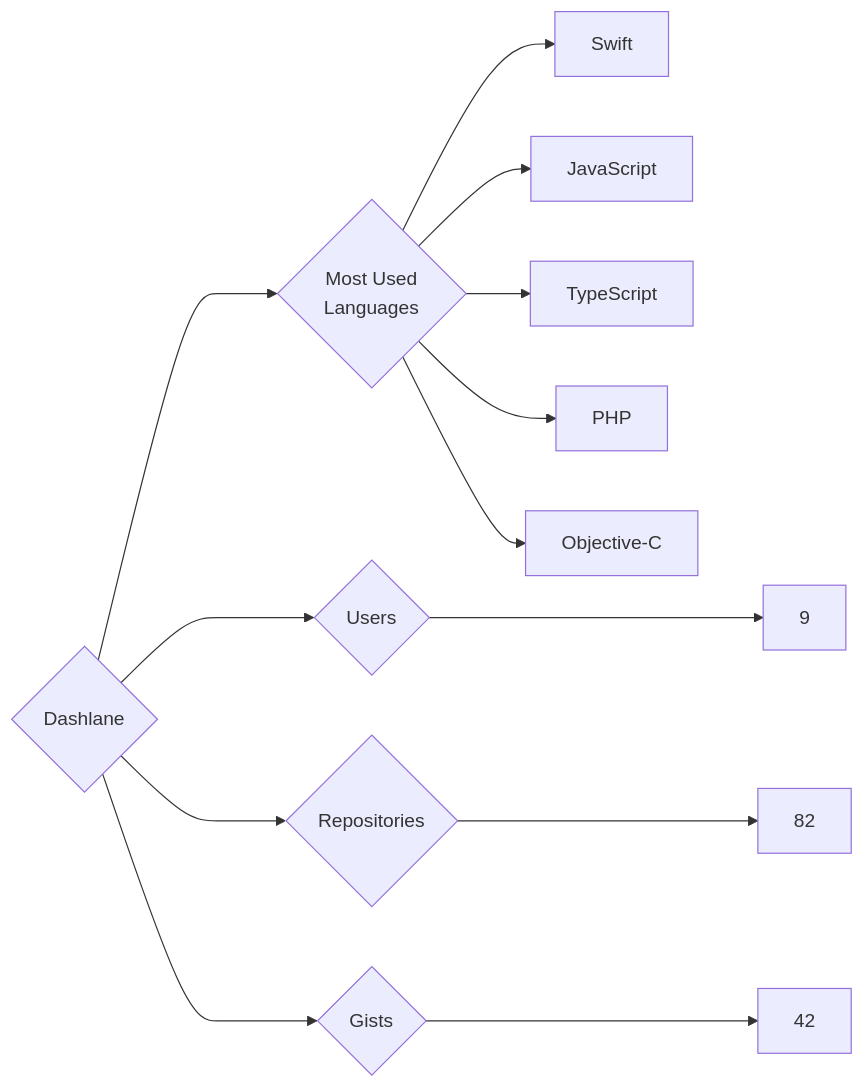
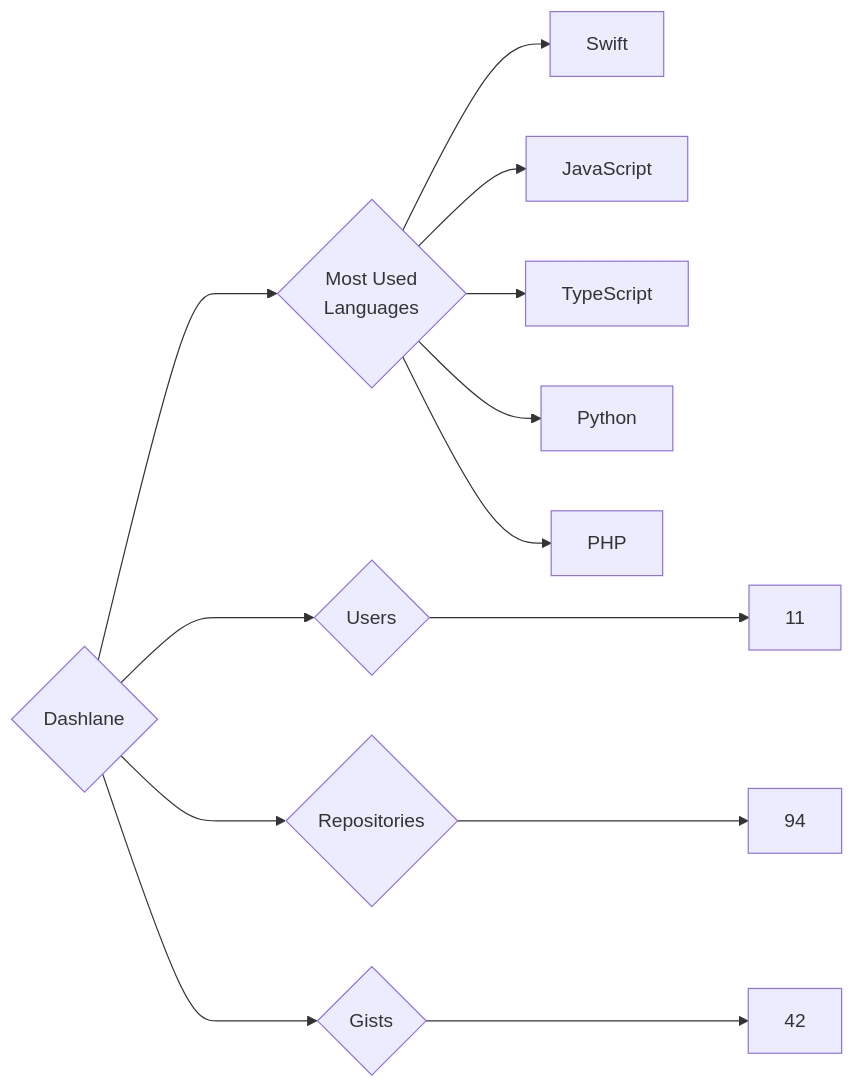
Before and after one commit to trickest/insiders: the diagram in targets/Dashlane/README.md, drawn with Mermaid. The commit also changed 676 other files, not shown here.

````diff
--- a/targets/Dashlane/README.md
+++ b/targets/Dashlane/README.md
@@ -3,13 +3,13 @@
 ```mermaid
 graph LR
 COMPANY_NAME{Dashlane}
-COMPANY_NAME ---> U{Users} ---> UN[9]
-COMPANY_NAME ---> R{Repositories} ---> RN[82]
+COMPANY_NAME ---> U{Users} ---> UN[11]
+COMPANY_NAME ---> R{Repositories} ---> RN[94]
 COMPANY_NAME ---> G{Gists} ---> GN[42]
 COMPANY_NAME ---> ML{Most Used<br>Languages}
 ML --> Swift[Swift]
 ML --> JavaScript[JavaScript]
 ML --> TypeScript[TypeScript]
+ML --> Python[Python]
 ML --> PHP[PHP]
-ML --> Objective-C[Objective-C]
 ```
````
